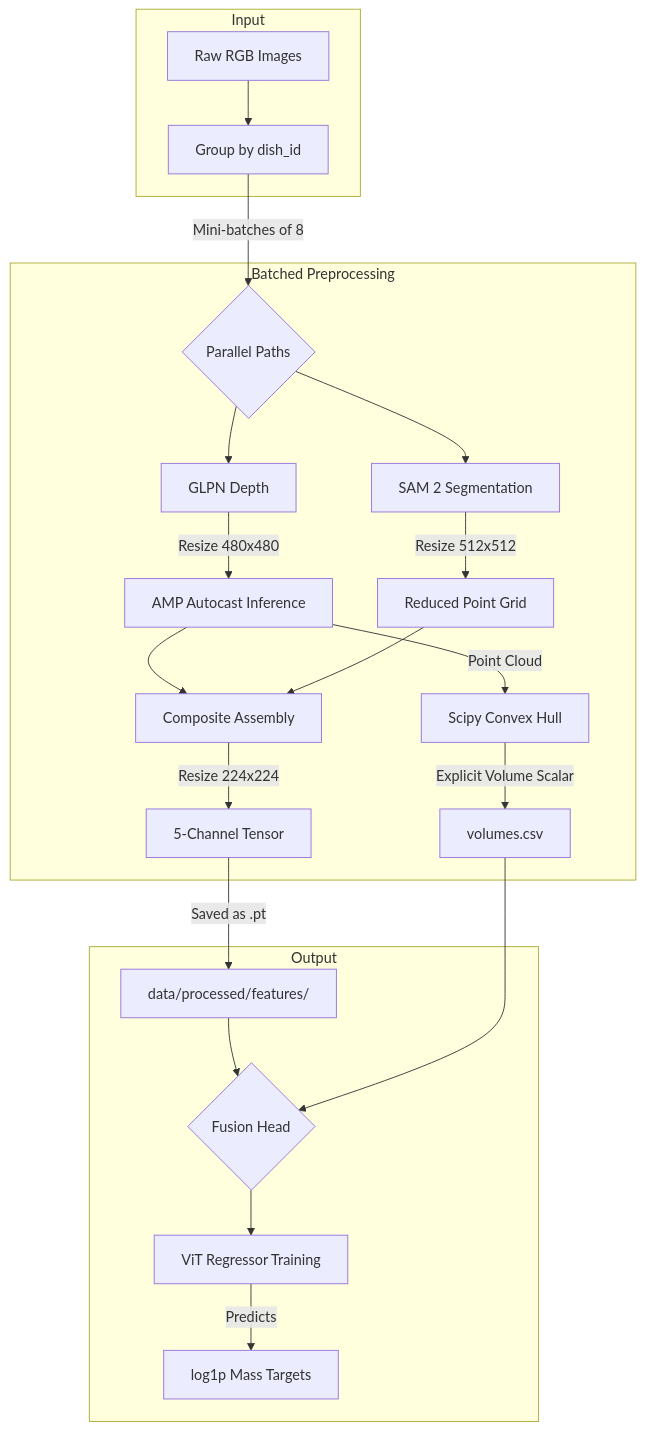
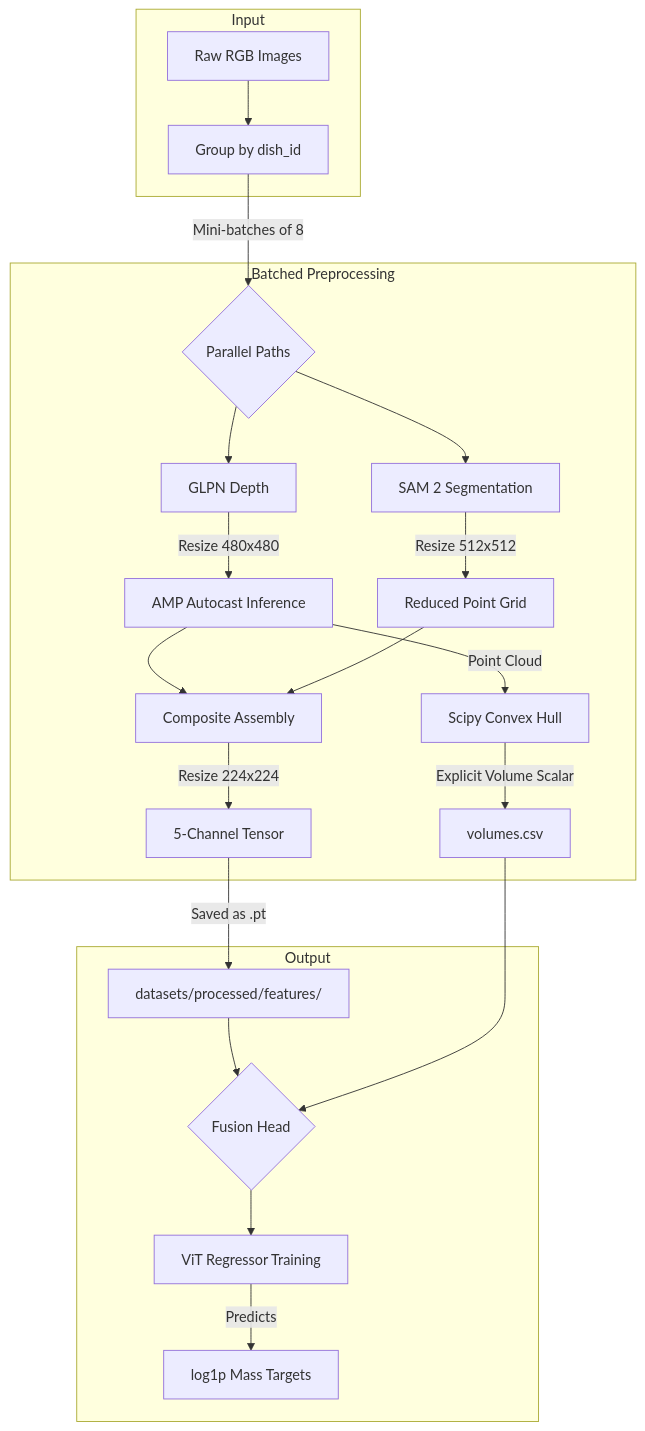
The diagram in misc/revised architecture.mermaid (Omprakash-p06/NutriSnap), drawn with Mermaid before and after one commit. The commit also changed 44 other files, not shown here.

```diff
--- a/misc/revised architecture.mermaid
+++ b/misc/revised architecture.mermaid
@@ -1,29 +1,29 @@
 flowchart TD
     subgraph Input
         A1[Raw RGB Images] --> B1[Group by dish_id]
     end
 
     subgraph Batched Preprocessing
         B1 -->|Mini-batches of 8| C1{Parallel Paths}
         
         C1 --> D1[GLPN Depth]
         D1 -->|Resize 480x480| D2[AMP Autocast Inference]
         
         C1 --> E1[SAM 2 Segmentation]
         E1 -->|Resize 512x512| E2[Reduced Point Grid]
         
         D2 --> F1[Composite Assembly]
         E2 --> F1
         F1 -->|Resize 224x224| F2[5-Channel Tensor]
         
         D2 -->|Point Cloud| H1[Scipy Convex Hull]
         H1 -->|Explicit Volume Scalar| H2[volumes.csv]
     end
 
     subgraph Output
-        F2 -->|Saved as .pt| G1[data/processed/features/]
+        F2 -->|Saved as .pt| G1[datasets/processed/features/]
         G1 --> I1{Fusion Head}
         H2 --> I1
         I1 --> G2[ViT Regressor Training]
         G2 -->|Predicts| G3[log1p Mass Targets]
     end
```
